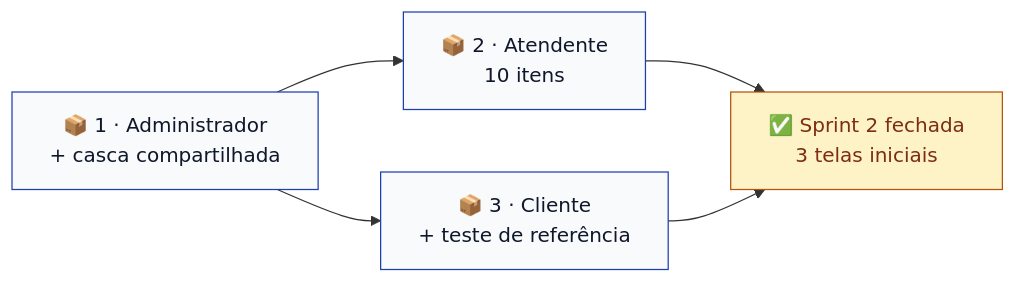
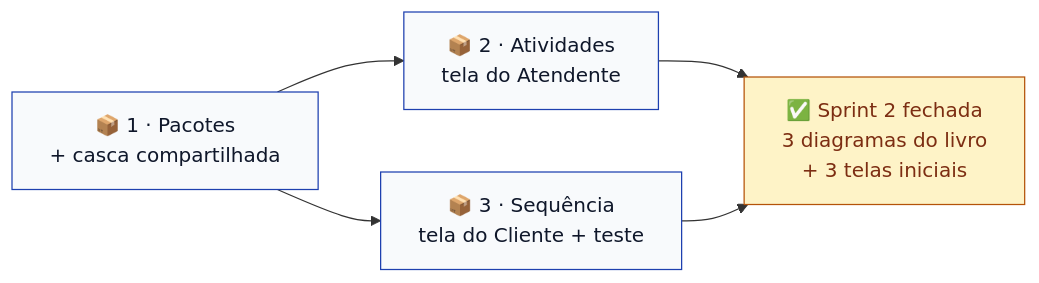
The diagram in docs/sprints/sprint-2.md (kassiods/ToolRent), drawn with Mermaid before and after one commit. The commit also changed other lines of this file and 17 other files, not shown here.

First line of the commit message:
docs: alinha os diagramas ao livro Engenharia de Software Moderna

````diff
--- a/docs/sprints/sprint-2.md
+++ b/docs/sprints/sprint-2.md
@@ -151,12 +168,12 @@
 ```mermaid
 flowchart LR
-    P1["📦 1 · Administrador<br/>+ casca compartilhada"] --> P2["📦 2 · Atendente<br/>10 itens"]
-    P1 --> P3["📦 3 · Cliente<br/>+ teste de referência"]
-    P2 --> FIM["✅ Sprint 2 fechada<br/>3 telas iniciais"]
+    P1["📦 1 · Pacotes<br/>+ casca compartilhada"] --> P2["📦 2 · Atividades<br/>tela do Atendente"]
+    P1 --> P3["📦 3 · Sequência<br/>tela do Cliente + teste"]
+    P2 --> FIM["✅ Sprint 2 fechada<br/>3 diagramas do livro<br/>+ 3 telas iniciais"]
     P3 --> FIM
 
     classDef pacote fill:#F8FAFC,stroke:#1E40AF,color:#0F172A
     classDef final fill:#FEF3C7,stroke:#B45309,color:#7C2D12
     class P1,P2,P3 pacote
     class FIM final
 ```
````
